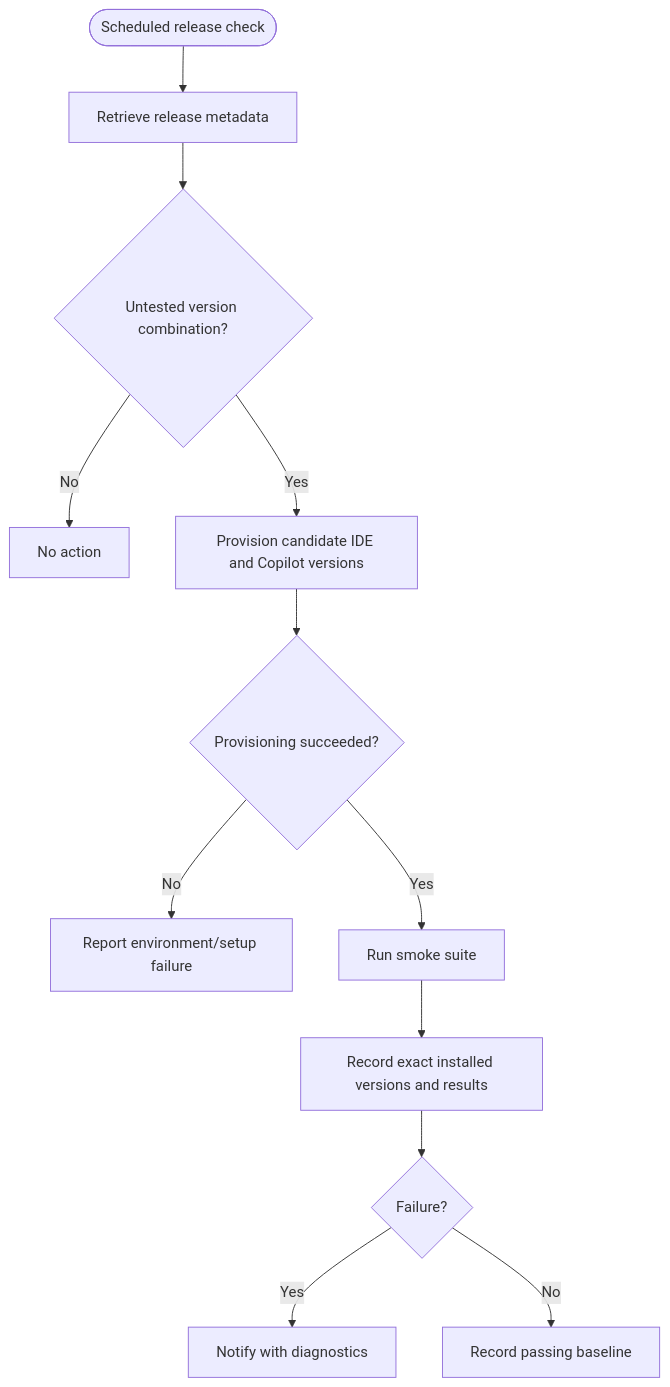
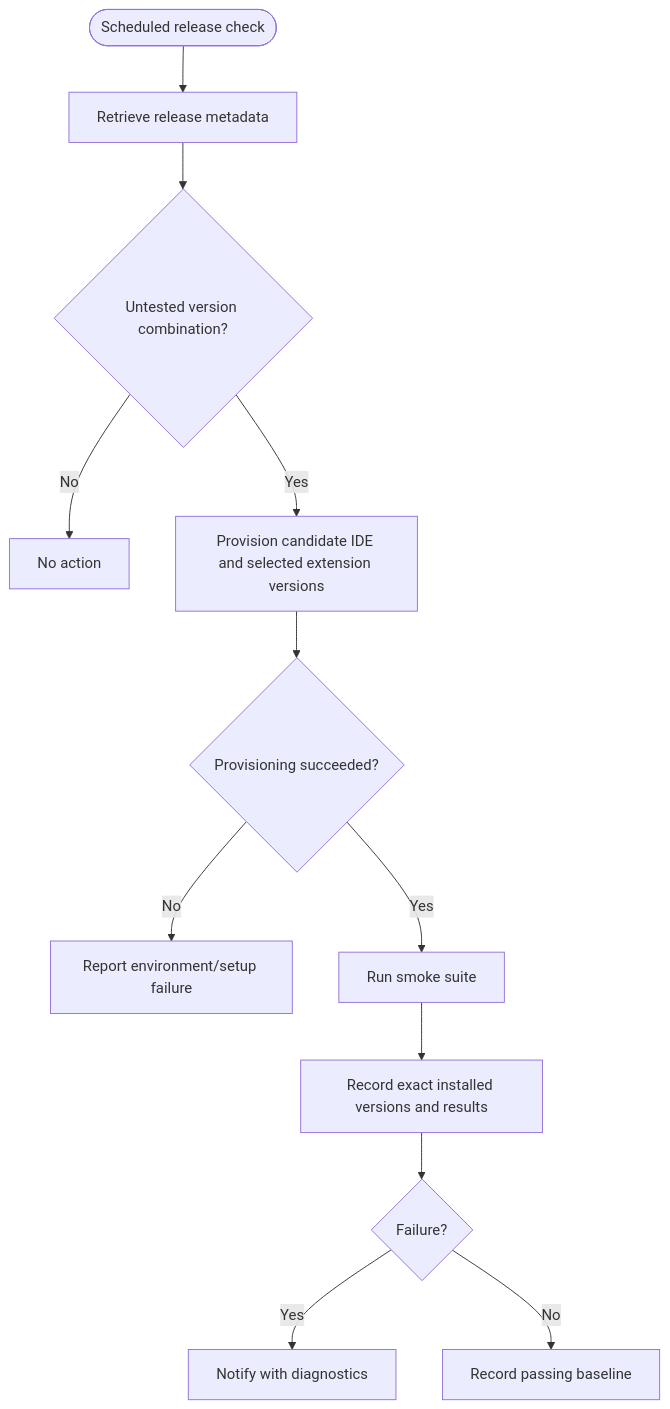
The fourth of 5 diagrams in specifications/ide-copilot-smoke-harness-proposal.md (jimthompson5802/ide-tester), drawn with Mermaid before and after one commit. The commit also changed other lines of this file and 3 other files, not shown here.

````diff
--- a/specifications/ide-copilot-smoke-harness-proposal.md
+++ b/specifications/ide-copilot-smoke-harness-proposal.md
@@ -322,14 +325,14 @@
 ```mermaid
 flowchart TD
     S([Scheduled release check]) --> M[Retrieve release metadata]
     M --> D{Untested version combination?}
     D -- No --> N[No action]
-    D -- Yes --> P[Provision candidate IDE and Copilot versions]
+    D -- Yes --> P[Provision candidate IDE and selected extension versions]
     P --> C{Provisioning succeeded?}
     C -- No --> E[Report environment/setup failure]
     C -- Yes --> T[Run smoke suite]
     T --> R[Record exact installed versions and results]
     R --> F{Failure?}
     F -- Yes --> A[Notify with diagnostics]
     F -- No --> K[Record passing baseline]
 ```
````
